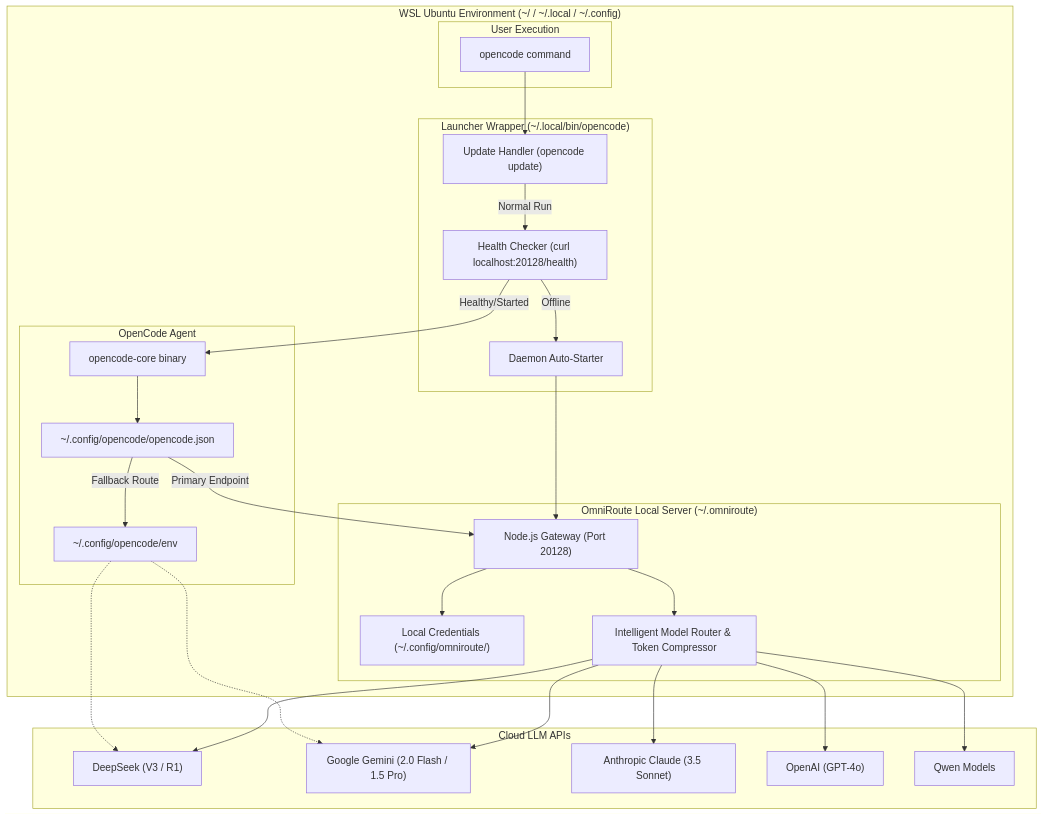
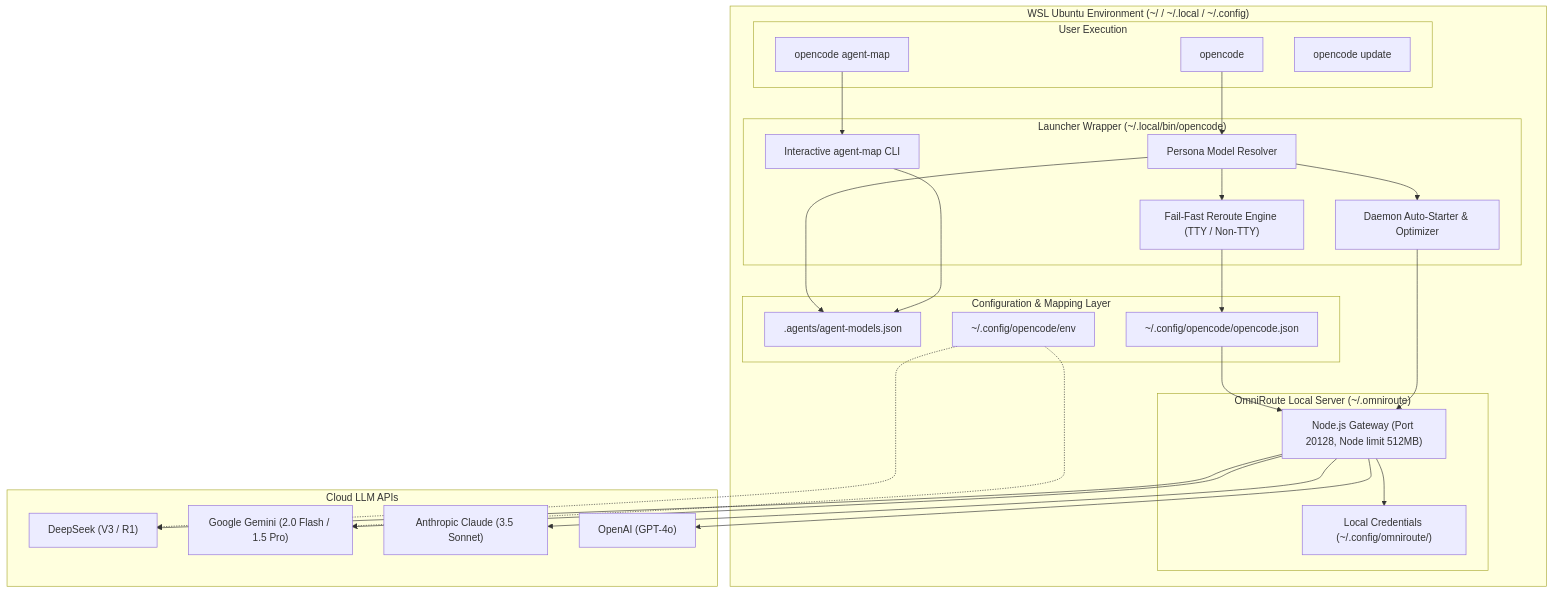
The second of 2 diagrams in 02_architecture/System-Architecture.md (paulsyl/Opencode), drawn with Mermaid before and after one commit. The commit also changed other lines of this file and 11 other files, not shown here.

Commit message:
feat: implement Phase 2 agent model mapping matrix, interactive CLI, fail-fast rerouting, and daemon launch optimization

````diff
--- a/02_architecture/System-Architecture.md
+++ b/02_architecture/System-Architecture.md
@@ -58,54 +66,54 @@
 ```mermaid
 flowchart TD
     subgraph WSL_Environment["WSL Ubuntu Environment (~/ / ~/.local / ~/.config)"]
         subgraph Terminal_Entry["User Execution"]
-            CLI_Cmd["opencode command"]
+            CLI_Agent["opencode <persona>"]
+            CLI_Map["opencode agent-map"]
+            CLI_Update["opencode update"]
         end
 
         subgraph Launcher_Layer["Launcher Wrapper (~/.local/bin/opencode)"]
-            Health_Check["Health Checker (curl localhost:20128/health)"]
-            Daemon_Mgr["Daemon Auto-Starter"]
-            Update_Intercept["Update Handler (opencode update)"]
+            Persona_Resolver["Persona Model Resolver"]
+            FailFast_Rerouter["Fail-Fast Reroute Engine (TTY / Non-TTY)"]
+            TTY_Menu["Interactive agent-map CLI"]
+            Daemon_Starter["Daemon Auto-Starter & Optimizer"]
         end
 
-        subgraph Core_Agent["OpenCode Agent"]
-            OpenCode_Core["opencode-core binary"]
+        subgraph Configuration["Configuration & Mapping Layer"]
+            Agent_Matrix[".agents/agent-models.json"]
             OpenCode_Config["~/.config/opencode/opencode.json"]
             Fallback_Env["~/.config/opencode/env"]
         end
 
         subgraph Proxy_Gateway["OmniRoute Local Server (~/.omniroute)"]
-            Omni_Server["Node.js Gateway (Port 20128)"]
+            Omni_Server["Node.js Gateway (Port 20128, Node limit 512MB)"]
             Omni_DB["Local Credentials (~/.config/omniroute/)"]
-            Omni_Router["Intelligent Model Router & Token Compressor"]
         end
 
-        CLI_Cmd --> Update_Intercept
-        Update_Intercept -- Normal Run --> Health_Check
-        Health_Check -- Offline --> Daemon_Mgr
-        Daemon_Mgr --> Omni_Server
-        Health_Check -- Healthy/Started --> OpenCode_Core
-        OpenCode_Core --> OpenCode_Config
-        OpenCode_Config -- Primary Endpoint --> Omni_Server
+        CLI_Map --> TTY_Menu
+        TTY_Menu --> Agent_Matrix
+        CLI_Agent --> Persona_Resolver
+        Persona_Resolver --> Agent_Matrix
+        Persona_Resolver --> Daemon_Starter
+        Daemon_Starter --> Omni_Server
+        Persona_Resolver --> FailFast_Rerouter
+        FailFast_Rerouter --> OpenCode_Config
+        OpenCode_Config --> Omni_Server
         Omni_Server --> Omni_DB
-        Omni_Server --> Omni_Router
-        OpenCode_Config -- Fallback Route --> Fallback_Env
     end
 
     subgraph LLM_Cloud_Providers["Cloud LLM APIs"]
         DeepSeek_API["DeepSeek (V3 / R1)"]
         Gemini_API["Google Gemini (2.0 Flash / 1.5 Pro)"]
         Claude_API["Anthropic Claude (3.5 Sonnet)"]
         OpenAI_API["OpenAI (GPT-4o)"]
-        Qwen_API["Qwen Models"]
     end
 
-    Omni_Router --> DeepSeek_API
-    Omni_Router --> Gemini_API
-    Omni_Router --> Claude_API
-    Omni_Router --> OpenAI_API
-    Omni_Router --> Qwen_API
+    Omni_Server --> DeepSeek_API
+    Omni_Server --> Gemini_API
+    Omni_Server --> Claude_API
+    Omni_Server --> OpenAI_API
 
+    Fallback_Env .-> Gemini_API
     Fallback_Env .-> DeepSeek_API
-    Fallback_Env .-> Gemini_API
 ```
````
